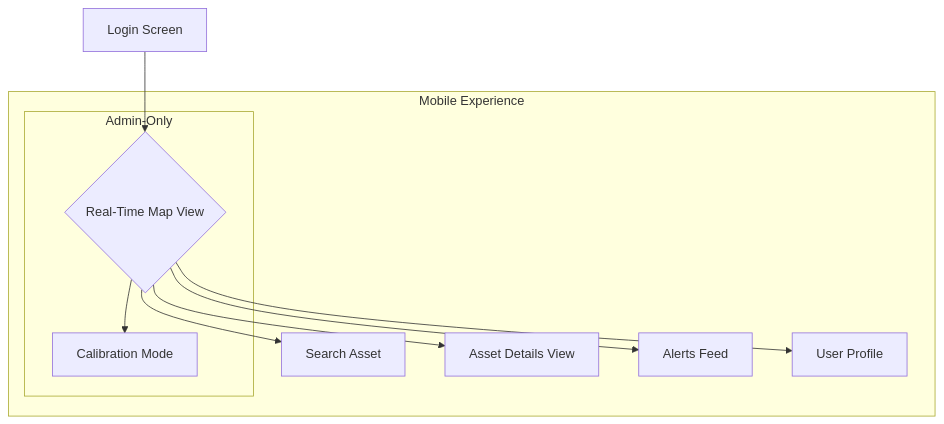
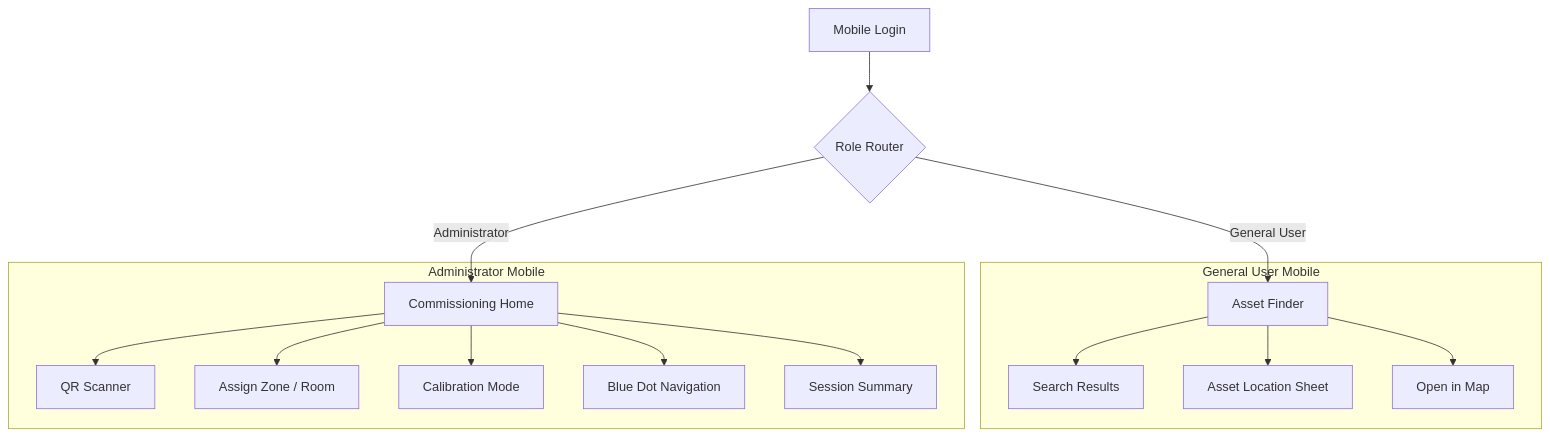
One commit to TaguiaIps/rtls-project changed the second of 2 diagrams in docs/ux-design.md. Above: the diagram before and after it, drawn with Mermaid. The commit also changed other lines of this file and 9 other files, not shown here.

````diff
--- a/docs/ux-design.md
+++ b/docs/ux-design.md
@@ -66,15 +183,20 @@
 ```mermaid
 graph TD
-    A[Login Screen] --> B{Real-Time Map View};
+    A[Mobile Login] --> B{Role Router}
+    B -->|Administrator| C[Commissioning Home]
+    B -->|General User| D[Asset Finder]
 
-    subgraph Mobile Experience
-        B --> C[Search Asset];
-        B --> D[Asset Details View];
-        B --> E[Alerts Feed];
-        B --> F[User Profile];
+    subgraph General User Mobile
+        D --> D1[Search Results]
+        D --> D2[Asset Location Sheet]
+        D --> D3[Open in Map]
+    end
 
-        subgraph Admin-Only
-             B --> G[Calibration Mode];
-        end
+    subgraph Administrator Mobile
+        C --> C1[QR Scanner]
+        C --> C2[Assign Zone / Room]
+        C --> C3[Calibration Mode]
+        C --> C4[Blue Dot Navigation]
+        C --> C5[Session Summary]
     end
 ```
````
